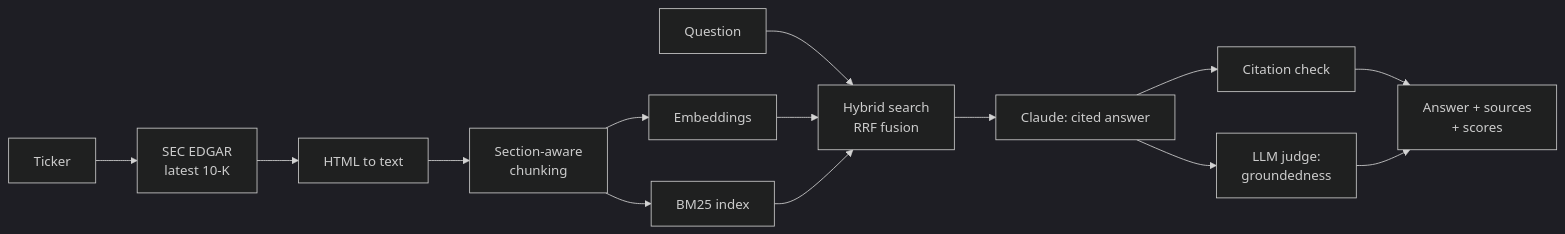
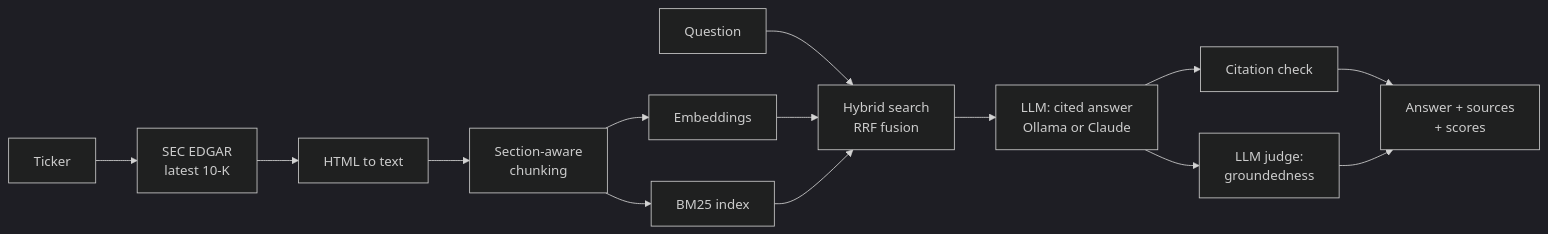
Before and after one commit to kavya551-svg/sec-filings-rag: the diagram in README.md, drawn with Mermaid (dark theme). The commit also changed other lines of this file and 8 other files, not shown here.

First line of the commit message:
Run free by default with local Ollama models; keep Claude as an option

````diff
--- a/README.md
+++ b/README.md
@@ -21,16 +22,16 @@
 ```mermaid
 flowchart LR
     A[Ticker] --> B[SEC EDGAR<br/>latest 10-K]
     B --> C[HTML to text]
     C --> D[Section-aware<br/>chunking]
     D --> E[Embeddings]
     D --> F[BM25 index]
     Q[Question] --> G[Hybrid search<br/>RRF fusion]
     E --> G
     F --> G
-    G --> H[Claude: cited answer]
+    G --> H[LLM: cited answer<br/>Ollama or Claude]
     H --> I[Citation check]
     H --> J[LLM judge:<br/>groundedness]
     I --> K[Answer + sources<br/>+ scores]
     J --> K
 ```
````
